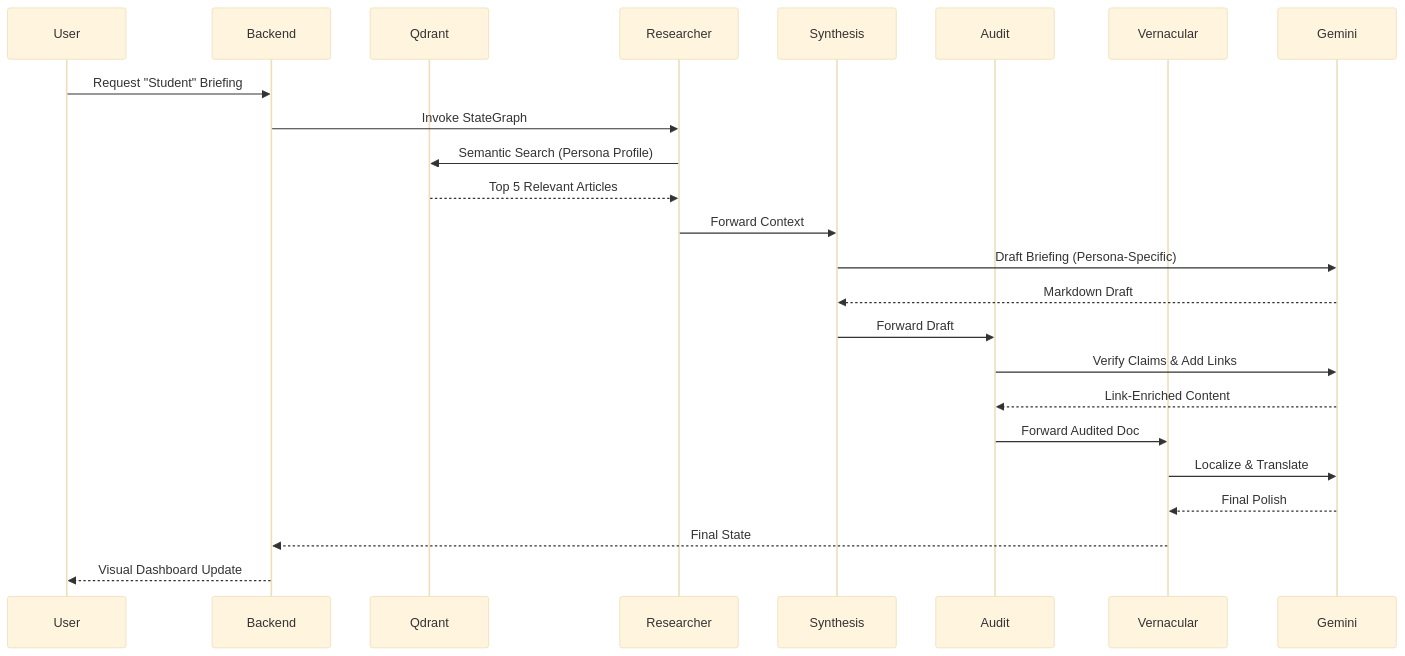
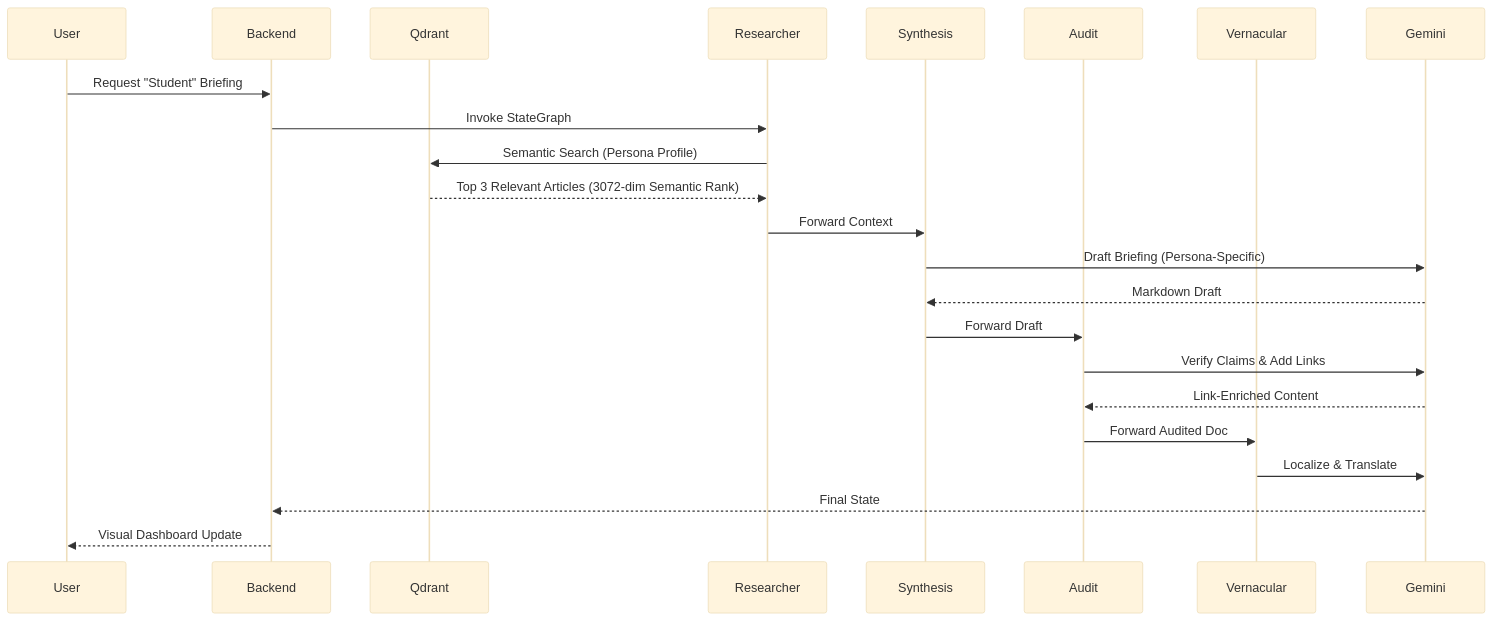
The second of 2 diagrams in ARCHITECTURE.md (1CodeBreaker705/ET-News-Sphere), drawn with Mermaid (base theme) before and after one commit. The commit also changed other lines of this file and 12 other files, not shown here.

````diff
--- a/ARCHITECTURE.md
+++ b/ARCHITECTURE.md
@@ -41,27 +41,26 @@
 ```mermaid
 sequenceDiagram
     participant User
     participant Backend
     participant Qdrant
     participant Researcher
     participant Synthesis
     participant Audit
     participant Vernacular
     participant Gemini
 
     User->>Backend: Request "Student" Briefing
     Backend->>Researcher: Invoke StateGraph
     Researcher->>Qdrant: Semantic Search (Persona Profile)
-    Qdrant-->>Researcher: Top 5 Relevant Articles
+    Qdrant-->>Researcher: Top 3 Relevant Articles (3072-dim Semantic Rank)
     Researcher->>Synthesis: Forward Context
     Synthesis->>Gemini: Draft Briefing (Persona-Specific)
     Gemini-->>Synthesis: Markdown Draft
     Synthesis->>Audit: Forward Draft
     Audit->>Gemini: Verify Claims & Add Links
     Gemini-->>Audit: Link-Enriched Content
     Audit->>Vernacular: Forward Audited Doc
     Vernacular->>Gemini: Localize & Translate
-    Gemini-->>Vernacular: Final Polish
-    Vernacular-->>Backend: Final State
+    Gemini-->>Backend: Final State
     Backend-->>User: Visual Dashboard Update
 ```
````
